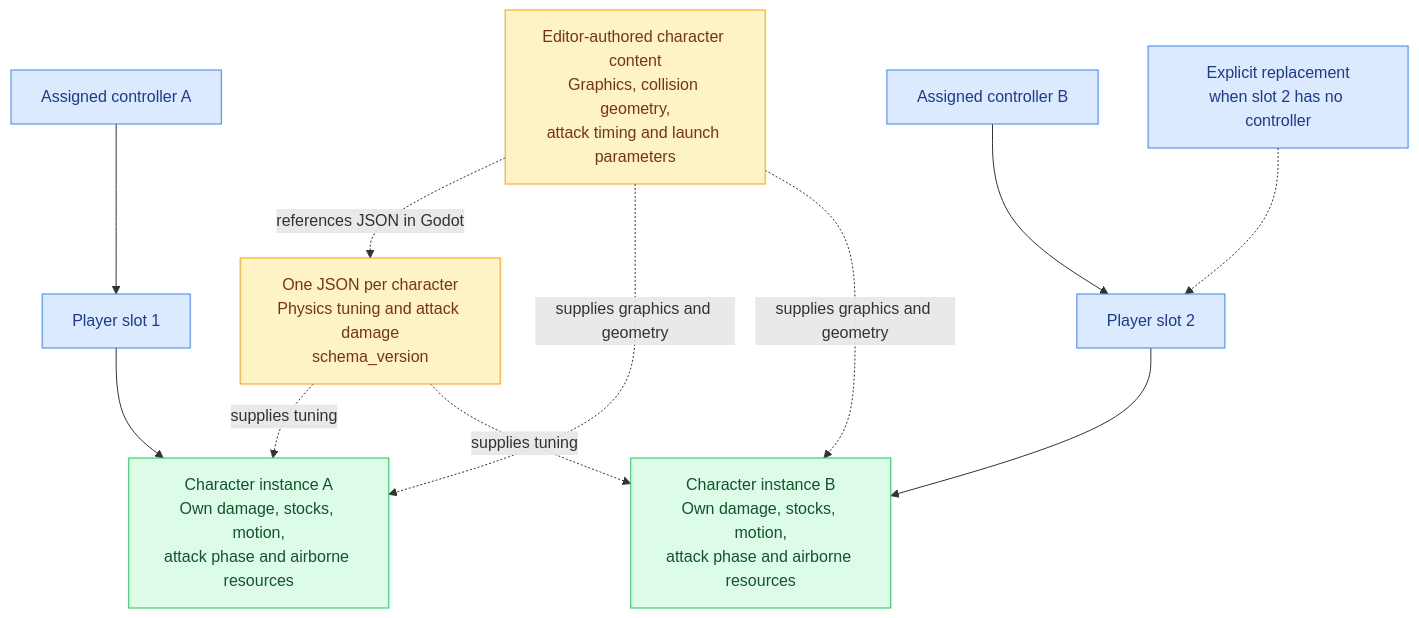
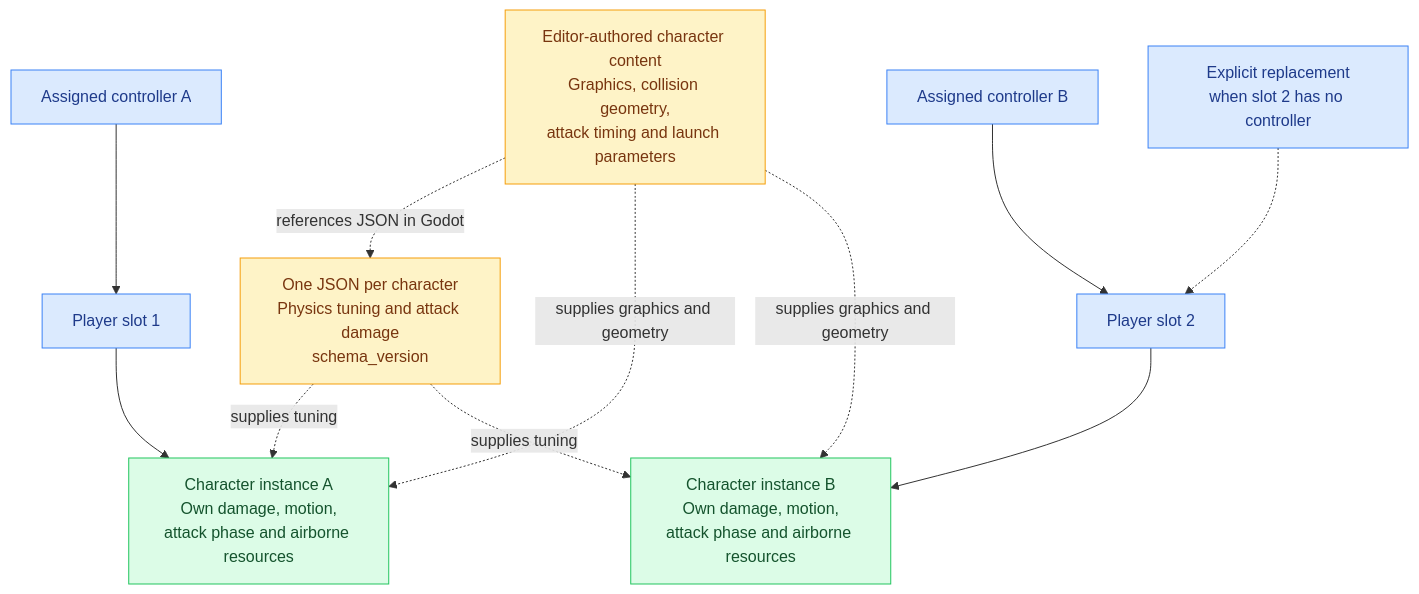
One commit to Fusion2k/smash-fight changed the diagram in docs/architecture/state-and-content.md. Above: the diagram before and after it, drawn with Mermaid. The commit also changed other lines of this file and 5 other files, not shown here.

Commit message:
docs: prepare production chronology architecture for review

````diff
--- a/docs/architecture/state-and-content.md
+++ b/docs/architecture/state-and-content.md
@@ -7,21 +7,21 @@
 ```mermaid
 flowchart TB
     Definition["One JSON per character<br/>Physics tuning and attack damage<br/>schema_version"]
     Editor["Editor-authored character content<br/>Graphics, collision geometry,<br/>attack timing and launch parameters"]
     Editor -. "references JSON in Godot" .-> Definition
-    SlotA["Player slot 1"] --> StateA["Character instance A<br/>Own damage, stocks, motion,<br/>attack phase and airborne resources"]
-    SlotB["Player slot 2"] --> StateB["Character instance B<br/>Own damage, stocks, motion,<br/>attack phase and airborne resources"]
+    SlotA["Player slot 1"] --> StateA["Character instance A<br/>Own damage, motion,<br/>attack phase and airborne resources"]
+    SlotB["Player slot 2"] --> StateB["Character instance B<br/>Own damage, motion,<br/>attack phase and airborne resources"]
     Definition -. "supplies tuning" .-> StateA
     Definition -. "supplies tuning" .-> StateB
     Editor -. "supplies graphics and geometry" .-> StateA
     Editor -. "supplies graphics and geometry" .-> StateB
     PadA["Assigned controller A"] --> SlotA
     PadB["Assigned controller B"] --> SlotB
     Replacement["Explicit replacement<br/>when slot 2 has no controller"] -.-> SlotB
     classDef definition fill:#fef3c7,color:#78350f,stroke:#f59e0b;
     classDef player fill:#dbeafe,color:#1e3a8a,stroke:#3b82f6;
     classDef runtime fill:#dcfce7,color:#14532d,stroke:#22c55e;
     class Definition,Editor definition;
     class SlotA,SlotB,PadA,PadB,Replacement player;
     class StateA,StateB runtime;
 ```
````
